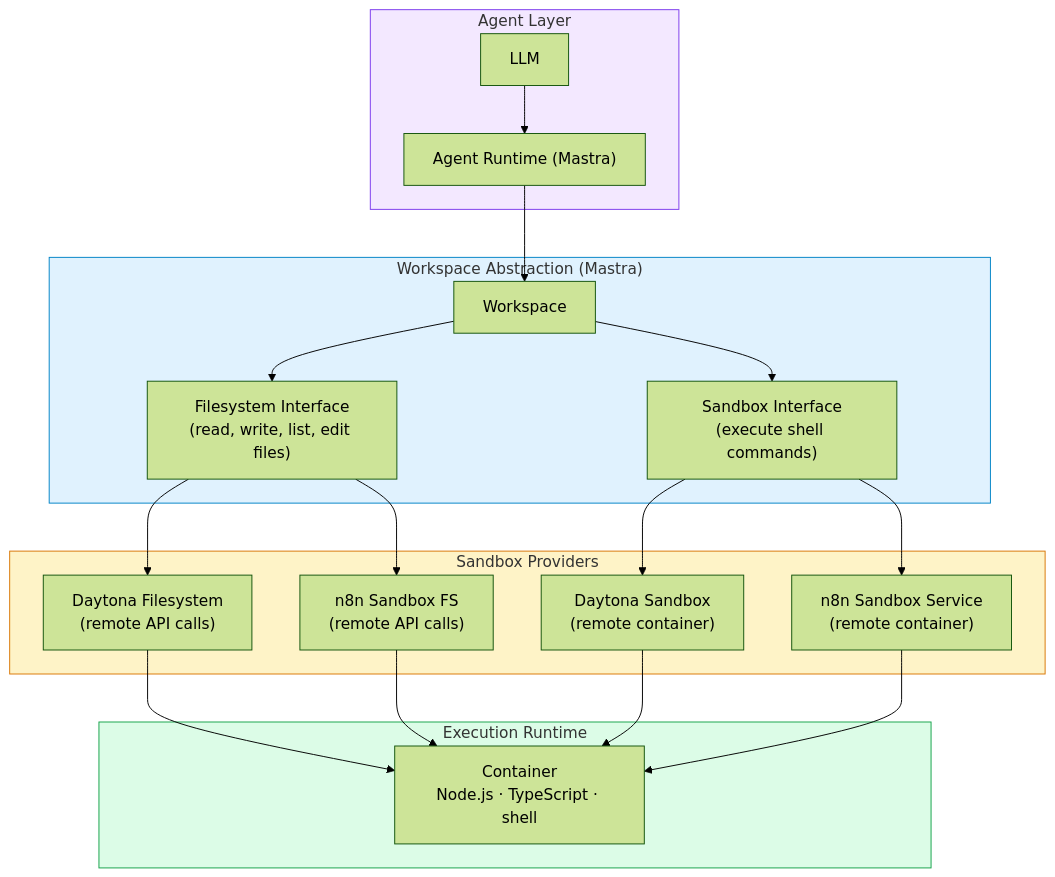
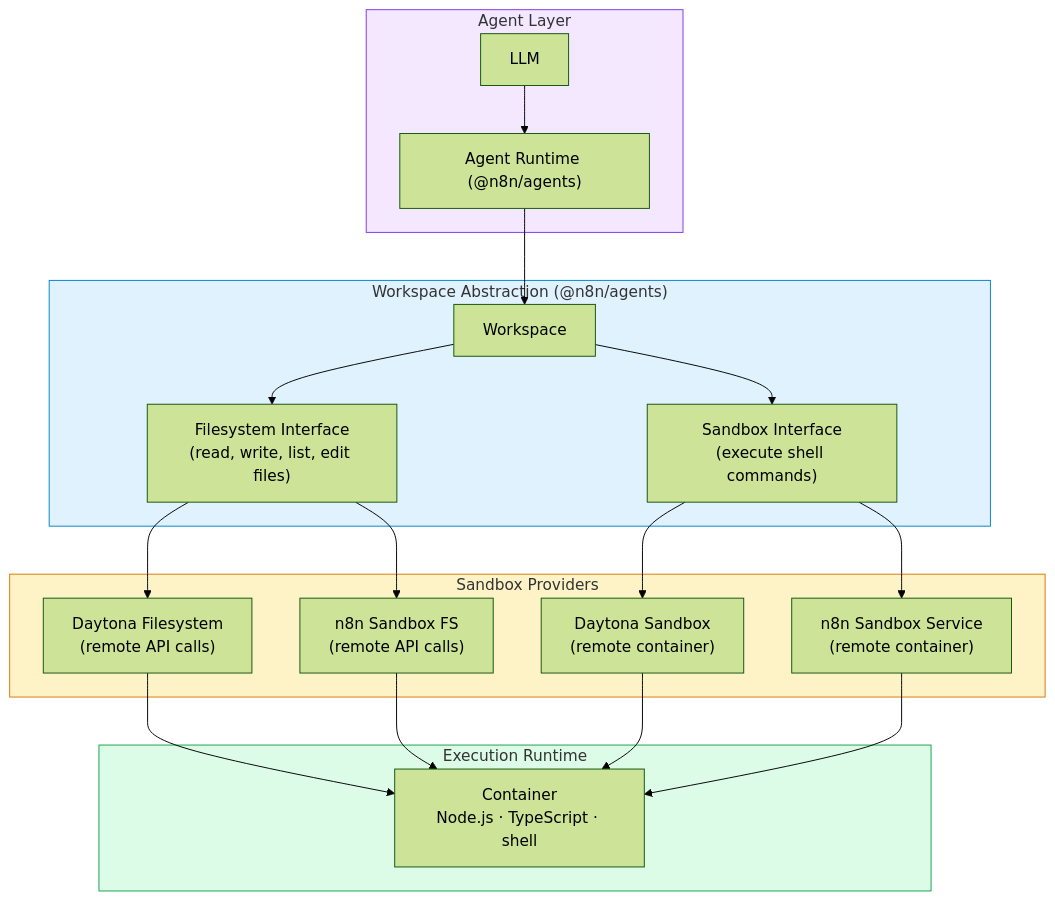
The first of 5 diagrams in packages/@n8n/instance-ai/docs/sandboxing.md (mayankjain1815-commits/n8n), drawn with Mermaid (forest theme) before and after one commit. The commit also changed other lines of this file and 11 other files, not shown here.

````diff
--- a/packages/@n8n/instance-ai/docs/sandboxing.md
+++ b/packages/@n8n/instance-ai/docs/sandboxing.md
@@ -11,31 +11,31 @@
 ```mermaid
 graph TB
     subgraph Agent ["Agent Layer"]
-        LLM[LLM] --> AgentRuntime["Agent Runtime (Mastra)"]
+        LLM[LLM] --> AgentRuntime["Agent Runtime (@n8n/agents)"]
     end
 
-    subgraph WorkspaceLayer ["Workspace Abstraction (Mastra)"]
+    subgraph WorkspaceLayer ["Workspace Abstraction (@n8n/agents)"]
         AgentRuntime --> Workspace["Workspace"]
         Workspace --> FS["Filesystem Interface<br/>(read, write, list, edit files)"]
         Workspace --> Sandbox["Sandbox Interface<br/>(execute shell commands)"]
     end
 
     subgraph Providers ["Sandbox Providers"]
         FS --> DaytonaFS["Daytona Filesystem<br/>(remote API calls)"]
         FS --> N8nFS["n8n Sandbox FS<br/>(remote API calls)"]
         Sandbox --> DaytonaSB["Daytona Sandbox<br/>(remote container)"]
         Sandbox --> N8nSB["n8n Sandbox Service<br/>(remote container)"]
     end
 
     subgraph Runtime ["Execution Runtime"]
         DaytonaSB --> Container["Container<br/>Node.js · TypeScript · shell"]
         DaytonaFS --> Container
         N8nSB --> Container
         N8nFS --> Container
     end
 
     style Agent fill:#f3e8ff,stroke:#7c3aed
     style WorkspaceLayer fill:#e0f2fe,stroke:#0284c7
     style Providers fill:#fef3c7,stroke:#d97706
     style Runtime fill:#dcfce7,stroke:#16a34a
 ```
````
